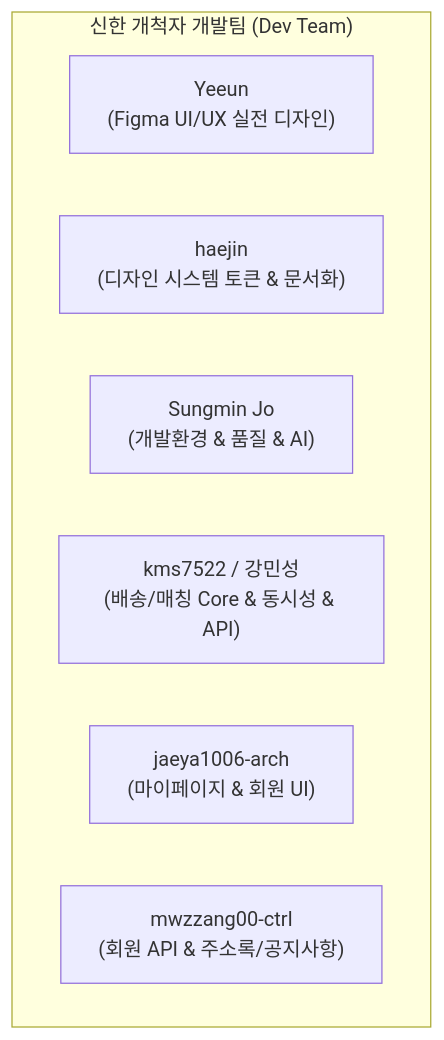
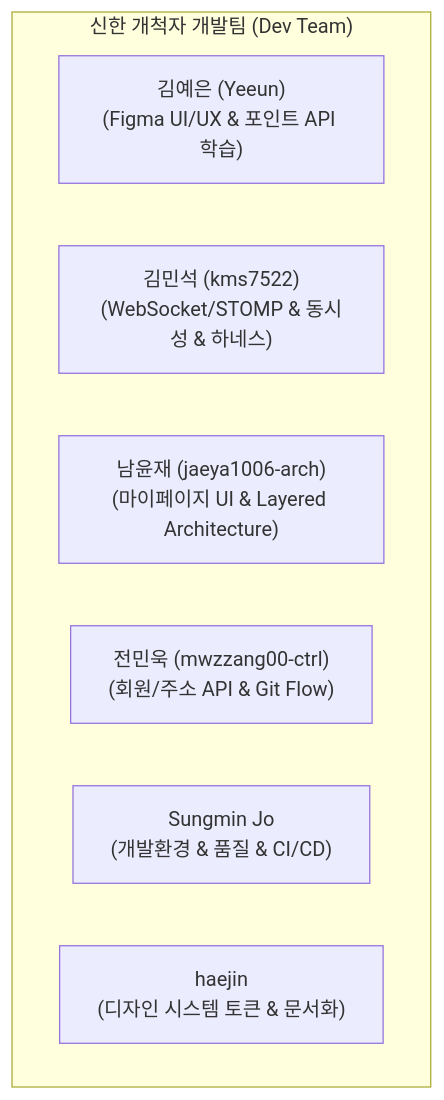
Before and after one commit to ShinhanDSProject/shinhan-delivery: the first of 2 diagrams in docs/project-progress-report.md, drawn with Mermaid. The commit also changed other lines of this file and 1 other file, not shown here.

Commit message:
docs: 팀원별 역량 성장(Learning & Growth) 항목 추가 및 Sungmin Jo 성과 정제 (#210)

````diff
--- a/docs/project-progress-report.md
+++ b/docs/project-progress-report.md
@@ -78,11 +78,11 @@
 ```mermaid
 graph TD
     subgraph "신한 개척자 개발팀 (Dev Team)"
-        YE["Yeeun<br/>(Figma UI/UX 실전 디자인)"]
+        YE["김예은 (Yeeun)<br/>(Figma UI/UX & 포인트 API 학습)"]
+        MS["김민석 (kms7522)<br/>(WebSocket/STOMP & 동시성 & 하네스)"]
+        YJ["남윤재 (jaeya1006-arch)<br/>(마이페이지 UI & Layered Architecture)"]
+        MW["전민욱 (mwzzang00-ctrl)<br/>(회원/주소 API & Git Flow)"]
+        SJ["Sungmin Jo<br/>(개발환경 & 품질 & CI/CD)"]
         HJ["haejin<br/>(디자인 시스템 토큰 & 문서화)"]
-        SJ["Sungmin Jo<br/>(개발환경 & 품질 & AI)"]
-        MS["kms7522 / 강민성<br/>(배송/매칭 Core & 동시성 & API)"]
-        JY["jaeya1006-arch<br/>(마이페이지 & 회원 UI)"]
-        MW["mwzzang00-ctrl<br/>(회원 API & 주소록/공지사항)"]
     end
 ```
````
